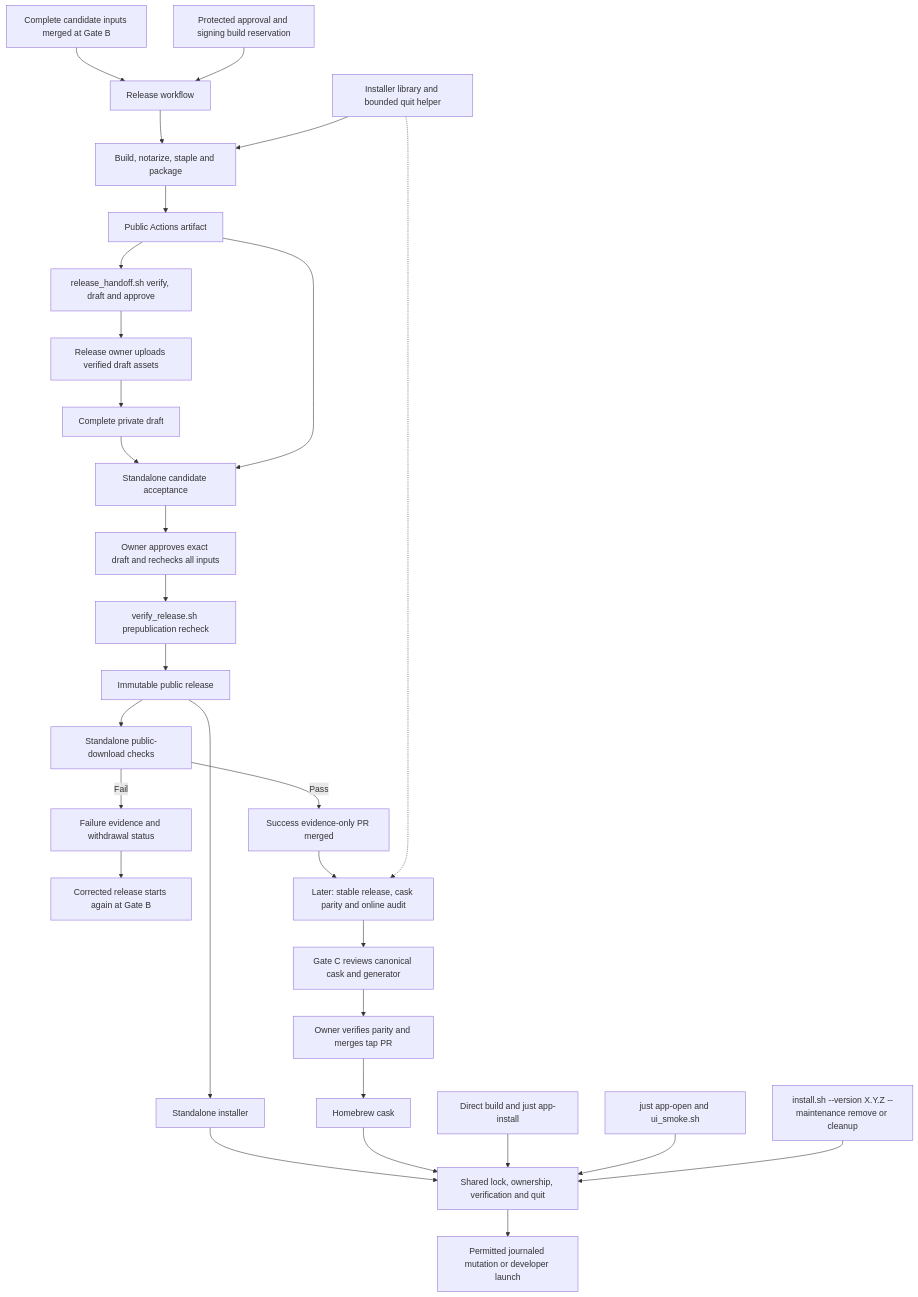
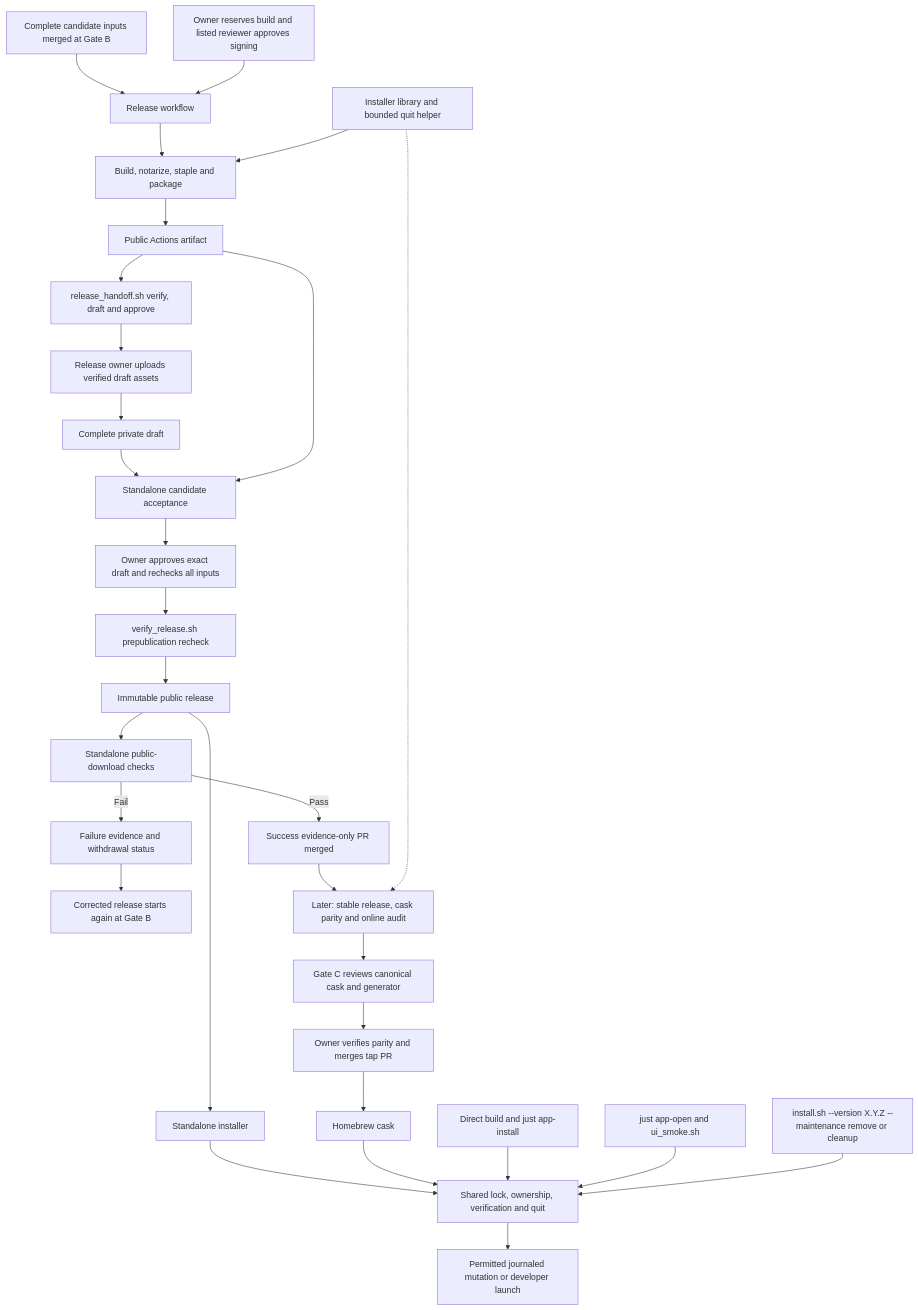
Before and after one commit to pipecat-ai/pipecat-service-toolbar: the first of 2 diagrams in docs/plans/20261117-feature-app-distribution.md, drawn with Mermaid. The commit also changed other lines of this file and 1 other file, not shown here.

````diff
--- a/docs/plans/20261117-feature-app-distribution.md
+++ b/docs/plans/20261117-feature-app-distribution.md
@@ -953,32 +985,32 @@
 ```mermaid
 graph TD
     Commit["Complete candidate inputs merged at Gate B"] --> Workflow["Release workflow"]
-    Approval["Protected approval and signing build reservation"] --> Workflow
+    Approval["Owner reserves build and listed reviewer approves signing"] --> Workflow
     Workflow --> Package["Build, notarize, staple and package"]
     Helpers["Installer library and bounded quit helper"] --> Package
     Package --> Store["Public Actions artifact"]
     Store --> HandoffTool["release_handoff.sh verify, draft and approve"]
     HandoffTool --> DraftOwner["Release owner uploads verified draft assets"]
     DraftOwner --> Draft["Complete private draft"]
     Draft --> Candidate["Standalone candidate acceptance"]
     Store --> Candidate
     Candidate --> Owner["Owner approves exact draft and rechecks all inputs"]
     Owner --> Verify["verify_release.sh prepublication recheck"]
     Verify --> Release["Immutable public release"]
     Release --> CLI["Standalone installer"]
     Release --> Public["Standalone public-download checks"]
     Public -->|Pass| EvidencePR["Success evidence-only PR merged"]
     Public -->|Fail| FailureRecord["Failure evidence and withdrawal status"]
     FailureRecord --> Correction["Corrected release starts again at Gate B"]
     EvidencePR --> BrewCheck["Later: stable release, cask parity and online audit"]
     Helpers -.-> BrewCheck
     BrewCheck --> GateC["Gate C reviews canonical cask and generator"]
     GateC --> Tap["Owner verifies parity and merges tap PR"]
     Tap --> Cask["Homebrew cask"]
     CLI --> Guard["Shared lock, ownership, verification and quit"]
     Cask --> Guard
     Dev["Direct build and just app-install"] --> Guard
     Open["just app-open and ui_smoke.sh"] --> Guard
     Maint["install.sh --version X.Y.Z --maintenance remove or cleanup"] --> Guard
     Guard --> Install["Permitted journaled mutation or developer launch"]
 ```
````
